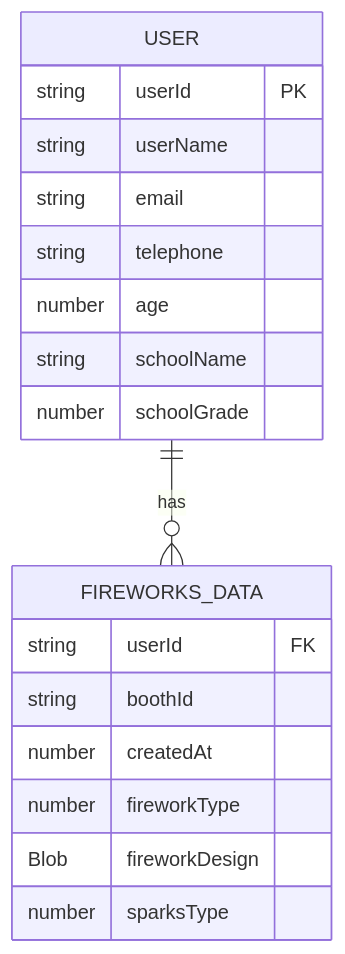
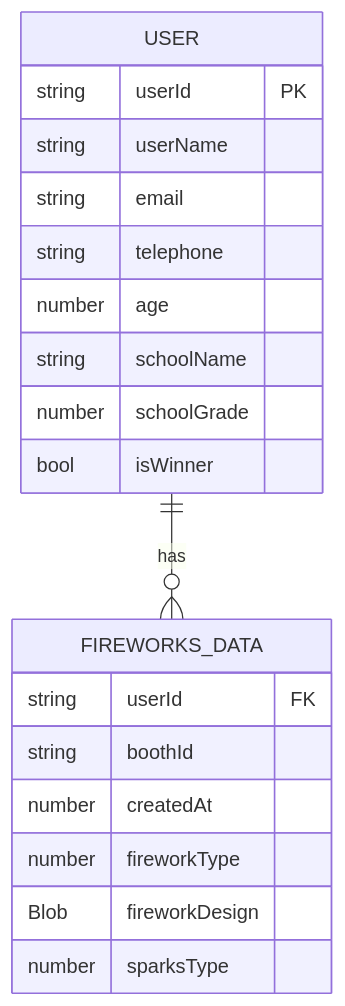
Before and after one commit to KSF2024/Documents: the diagram in データ設計書.md, drawn with Mermaid. The commit also changed other lines of this file and 1 other file, not shown here.

Commit message:
add api for pull lottery

````diff
--- a/データ設計書.md
+++ b/データ設計書.md
@@ -36,22 +37,23 @@
 ```mermaid
 erDiagram
     USER {
         string userId PK
         string userName
         string email
         string telephone
         number age
         string schoolName
         number schoolGrade
+        bool isWinner
     }
     FIREWORKS_DATA {
         string userId FK
         string boothId
         number createdAt
         number fireworkType
         Blob fireworkDesign
         number sparksType
     }
     
     USER ||--o{ FIREWORKS_DATA : has
 ```
````
